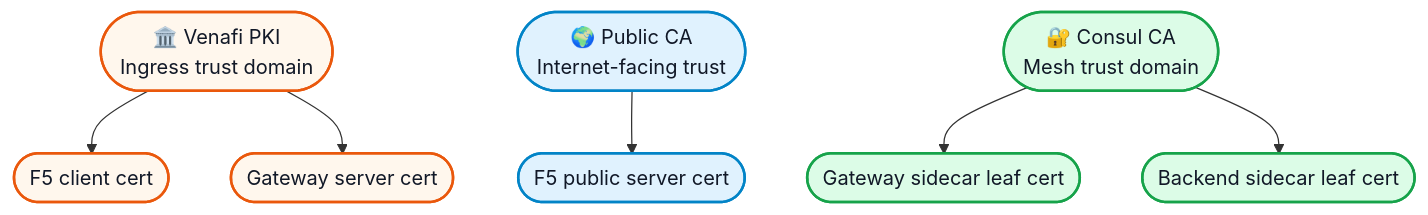
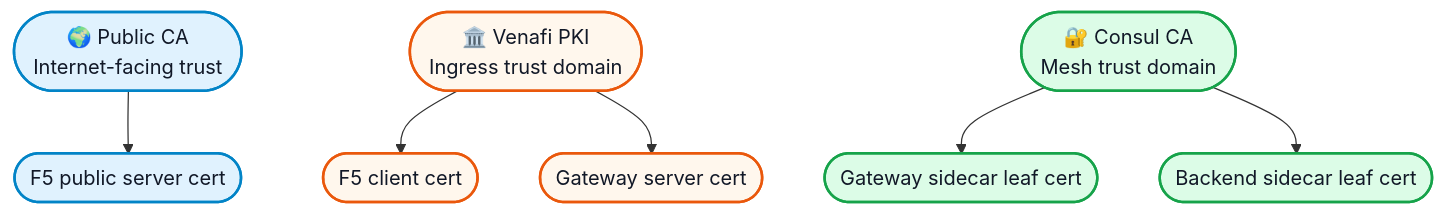
One commit to chris-lovett/API-Gateway-mTLS changed the sixth of 7 diagrams in docs/architecture-diagram.md. Above: the diagram before and after it, drawn with Mermaid. The commit also changed other lines of this file and 1 other file, not shown here.

Commit message:
Rewrite architecture docs into overview and operator deep dive

````diff
--- a/docs/architecture-diagram.md
+++ b/docs/architecture-diagram.md
@@ -416,20 +316,20 @@
 ```mermaid
 flowchart TB
+    publicca([🌍 Public CA<br/>Internet-facing trust])
     venafi([🏛️ Venafi PKI<br/>Ingress trust domain])
-    publicca([🌍 Public CA<br/>Internet-facing trust])
     consulca([🔐 Consul CA<br/>Mesh trust domain])
 
     publicca --> f5pub([F5 public server cert])
     venafi --> f5client([F5 client cert])
     venafi --> gwserver([Gateway server cert])
     consulca --> gwleaf([Gateway sidecar leaf cert])
     consulca --> beleaf([Backend sidecar leaf cert])
 
     classDef public fill:#e0f2fe,stroke:#0284c7,stroke-width:2px,color:#111827;
     classDef ingress fill:#fff7ed,stroke:#ea580c,stroke-width:2px,color:#111827;
     classDef mesh fill:#dcfce7,stroke:#16a34a,stroke-width:2px,color:#111827;
 
     class publicca,f5pub public;
     class venafi,f5client,gwserver ingress;
     class consulca,gwleaf,beleaf mesh;
 ```
````
